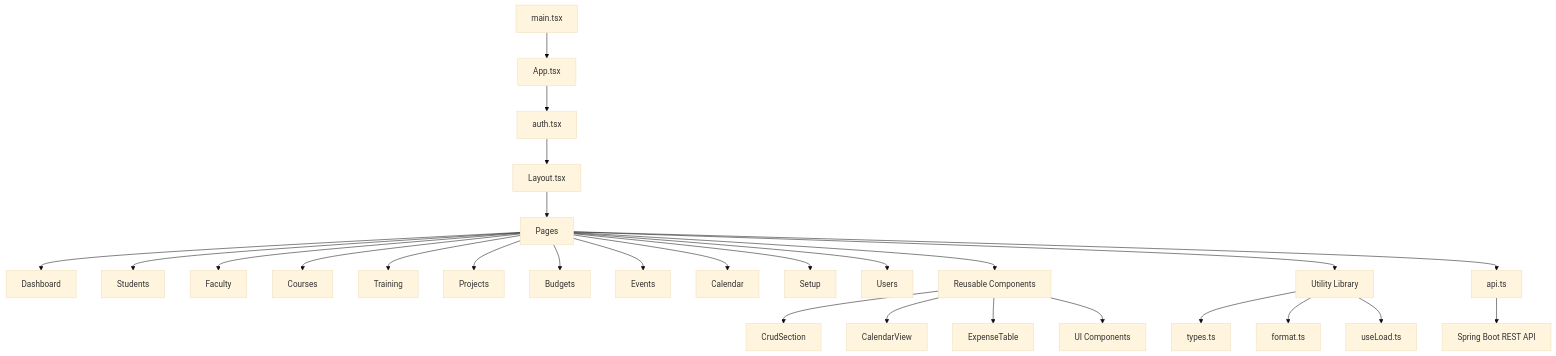
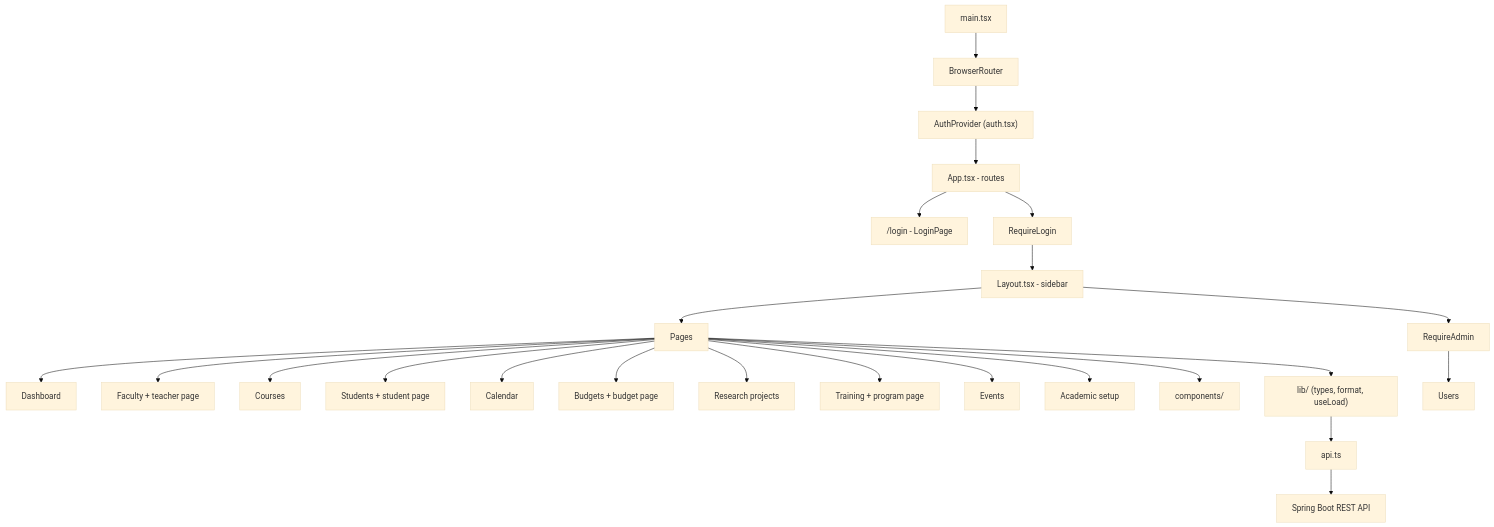
The second of 19 diagrams in README.md (Git-punit/campus-erp), drawn with Mermaid (base theme) before and after one commit. The commit also changed other lines of this file, not shown here.

````diff
--- a/README.md
+++ b/README.md
@@ -291,38 +413,28 @@
 ```mermaid
 flowchart TD
-    MAIN["main.tsx"]
-    APP["App.tsx"]
-    AUTH["auth.tsx"]
-    LAYOUT["Layout.tsx"]
+    MAIN["main.tsx"] --> ROUTER["BrowserRouter"]
+    ROUTER --> AUTH["AuthProvider (auth.tsx)"]
+    AUTH --> APP["App.tsx - routes"]
 
-    MAIN --> APP
-    APP --> AUTH
-    AUTH --> LAYOUT
+    APP --> LOGIN["/login - LoginPage"]
+    APP --> REQ["RequireLogin"]
+    REQ --> LAYOUT["Layout.tsx - sidebar"]
 
     LAYOUT --> PAGES["Pages"]
     PAGES --> DASH["Dashboard"]
-    PAGES --> STUDENT["Students"]
-    PAGES --> FACULTY["Faculty"]
-    PAGES --> COURSE["Courses"]
-    PAGES --> TRAINING["Training"]
-    PAGES --> PROJECT["Projects"]
-    PAGES --> BUDGET["Budgets"]
-    PAGES --> EVENT["Events"]
-    PAGES --> CALENDAR["Calendar"]
-    PAGES --> SETUP["Setup"]
-    PAGES --> USERS["Users"]
+    PAGES --> FAC["Faculty + teacher page"]
+    PAGES --> CRS["Courses"]
+    PAGES --> STU["Students + student page"]
+    PAGES --> CAL["Calendar"]
+    PAGES --> BUD["Budgets + budget page"]
+    PAGES --> PRJ["Research projects"]
+    PAGES --> TRN["Training + program page"]
+    PAGES --> EVT["Events"]
+    PAGES --> SET["Academic setup"]
+    LAYOUT --> ADMIN["RequireAdmin"] --> USERS["Users"]
 
-    PAGES --> COMPONENTS["Reusable Components"]
-    COMPONENTS --> CRUD["CrudSection"]
-    COMPONENTS --> CALVIEW["CalendarView"]
-    COMPONENTS --> EXPENSE["ExpenseTable"]
-    COMPONENTS --> UI["UI Components"]
-
-    PAGES --> LIB["Utility Library"]
-    LIB --> TYPES["types.ts"]
-    LIB --> FORMAT["format.ts"]
-    LIB --> LOAD["useLoad.ts"]
-
-    PAGES --> API["api.ts"]
+    PAGES --> COMPONENTS["components/"]
+    PAGES --> LIB["lib/ (types, format, useLoad)"]
+    LIB --> API["api.ts"]
     API --> SERVER["Spring Boot REST API"]
 ```
````
